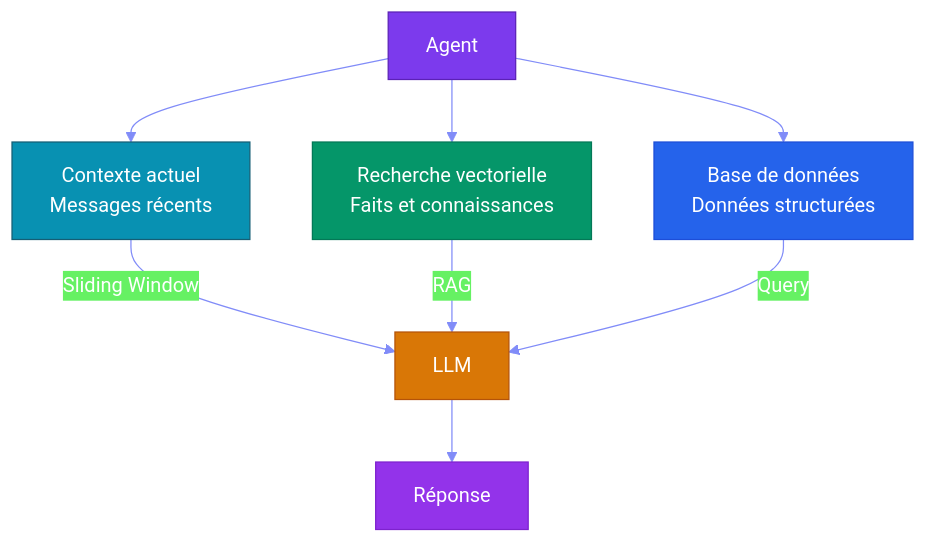
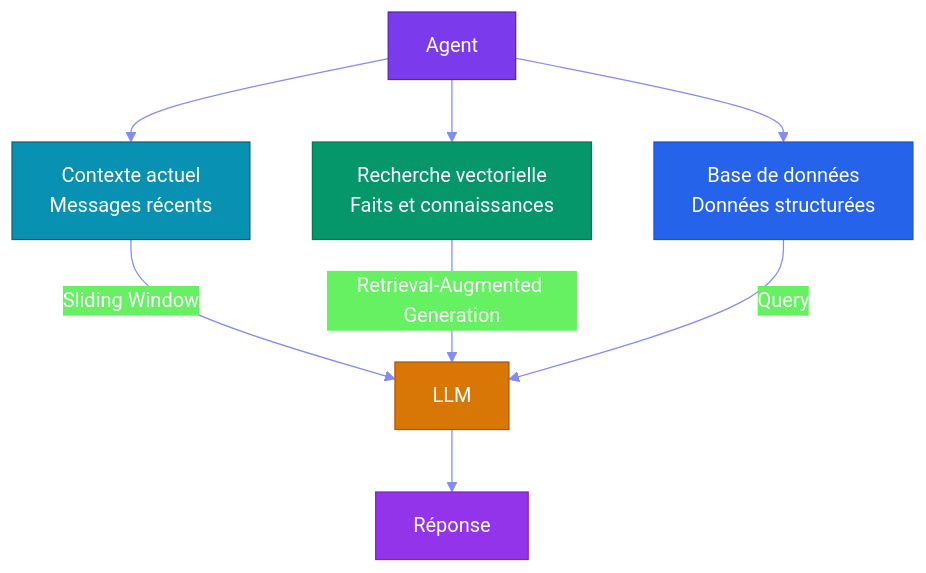
Before and after one commit to yugmerabtene/sdv-agentic: the fifth of 5 diagrams in CHAPITRE-05-memoire-rag.md, drawn with Mermaid. The commit also changed other lines of this file and 11 other files, not shown here.

````diff
--- a/CHAPITRE-05-memoire-rag.md
+++ b/CHAPITRE-05-memoire-rag.md
@@ -259,26 +395,26 @@
 ```mermaid
 %%{init: {'theme': 'base', 'themeVariables': {
   'primaryColor': '#6366f1',
   'primaryTextColor': '#fff',
   'lineColor': '#818cf8'
 }}}%%
 graph TD
     Agent[Agent]
     
     Agent --> CT[Contexte actuel<br/>Messages récents]
     Agent --> VS[Recherche vectorielle<br/>Faits et connaissances]
     Agent --> DB[Base de données<br/>Données structurées]
     
     CT --> |"Sliding Window"| LLM
-    VS --> |"RAG"| LLM
+    VS --> |"Retrieval-Augmented Generation"| LLM
     DB --> |"Query"| LLM
     
     LLM --> R[Réponse]
     
     style Agent fill:#7c3aed,color:#fff,stroke:#5b21b6
     style CT fill:#0891b2,color:#fff,stroke:#155e75
     style VS fill:#059669,color:#fff,stroke:#047857
     style DB fill:#2563eb,color:#fff,stroke:#1d4ed8
     style LLM fill:#d97706,color:#fff,stroke:#b45309
     style R fill:#9333ea,color:#fff,stroke:#7e22ce
 ```
````
